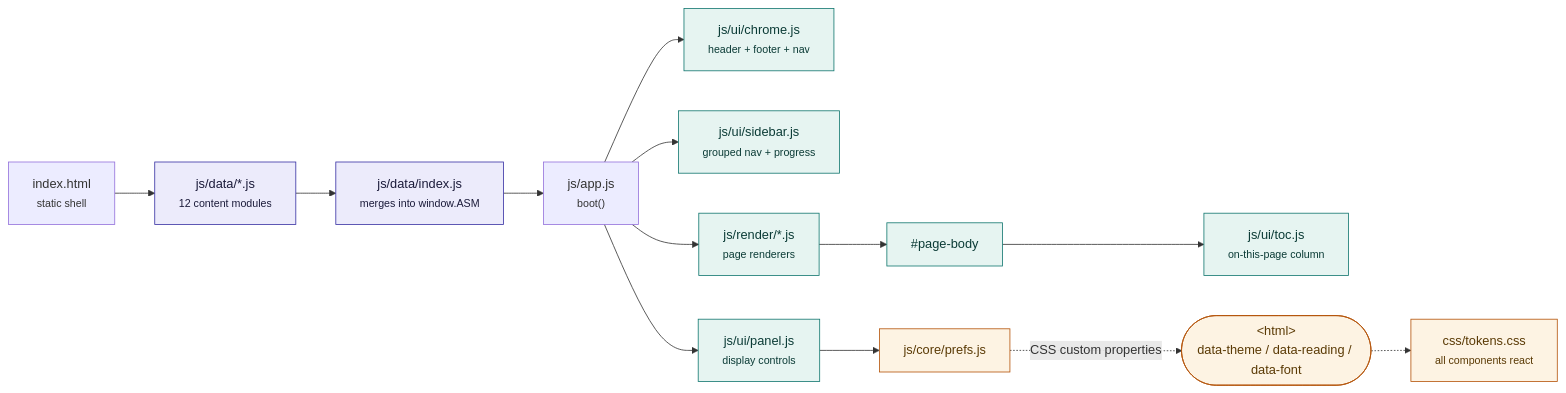
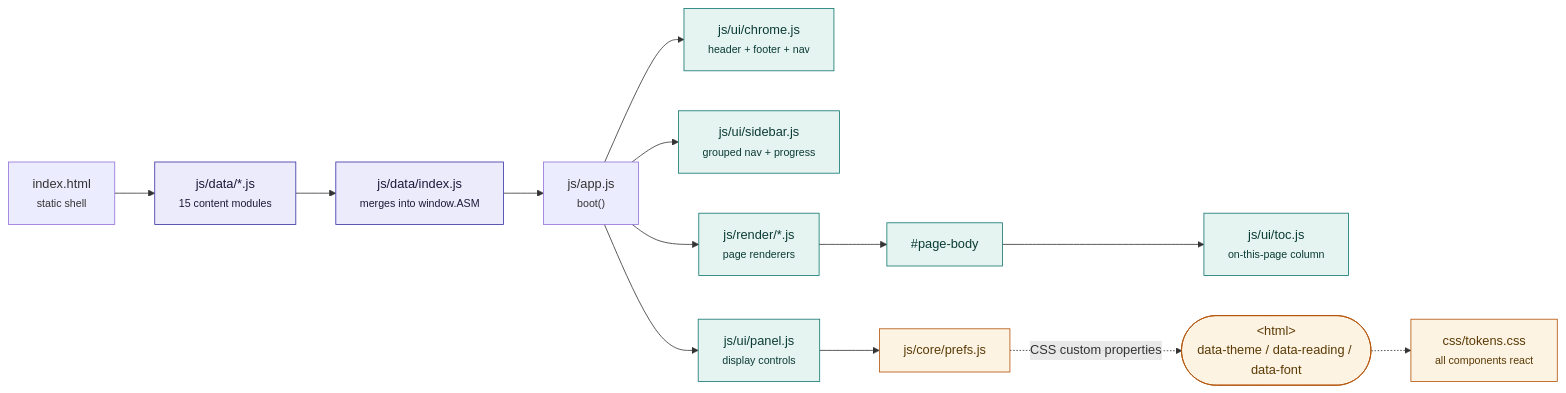
One commit to apsideslabs/Luitra changed the first of 6 diagrams in README.md. Above: the diagram before and after it, drawn with Mermaid. The commit also changed other lines of this file, not shown here.

Commit message:
Rewrite README as a professional landing page: logo, badges, at-a-glance, diagrams and project tree

````diff
--- a/README.md
+++ b/README.md
@@ -97,22 +137,22 @@
 ```mermaid
 flowchart LR
-    A["index.html<br/><small>static shell</small>"] --> B["js/data/*.js<br/><small>12 content modules</small>"]
+    A["index.html<br/><small>static shell</small>"] --> B["js/data/*.js<br/><small>15 content modules</small>"]
     B --> C["js/data/index.js<br/><small>merges into window.ASM</small>"]
     C --> D["js/app.js<br/><small>boot()</small>"]
     D --> E["js/ui/chrome.js<br/><small>header + footer + nav</small>"]
     D --> F["js/ui/sidebar.js<br/><small>grouped nav + progress</small>"]
     D --> G["js/ui/panel.js<br/><small>display controls</small>"]
     D --> H["js/render/*.js<br/><small>page renderers</small>"]
     H --> I["#page-body"]
     I --> J["js/ui/toc.js<br/><small>on-this-page column</small>"]
     K["js/core/prefs.js"] -.->|CSS custom properties| L(["&lt;html&gt;<br/>data-theme / data-reading / data-font"])
     G --> K
     L -.-> M["css/tokens.css<br/><small>all components react</small>"]
 
     classDef data fill:#ecebfb,stroke:#3730a3,color:#1b1b3a
     classDef ui fill:#e6f4f1,stroke:#0f766e,color:#0b3b36
     classDef core fill:#fdf3e3,stroke:#b45309,color:#5a3a05
     class B,C data
     class E,F,G,H,I,J ui
     class K,L,M core
 ```
````
